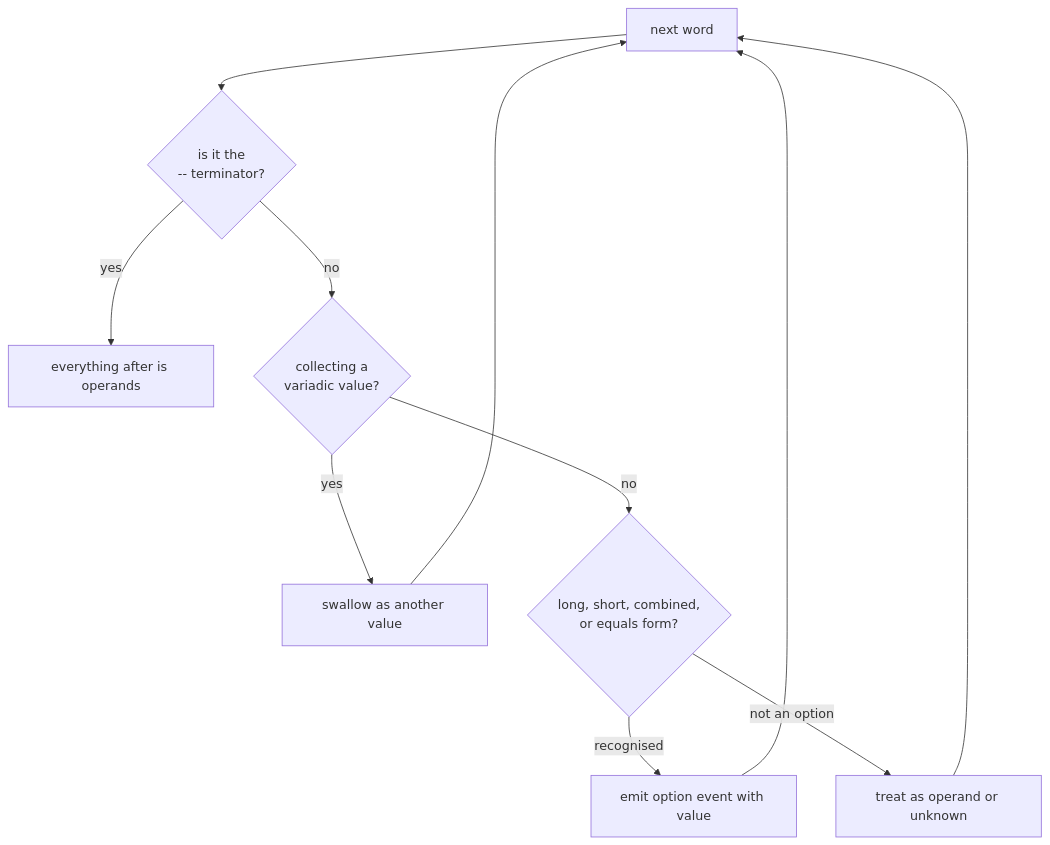
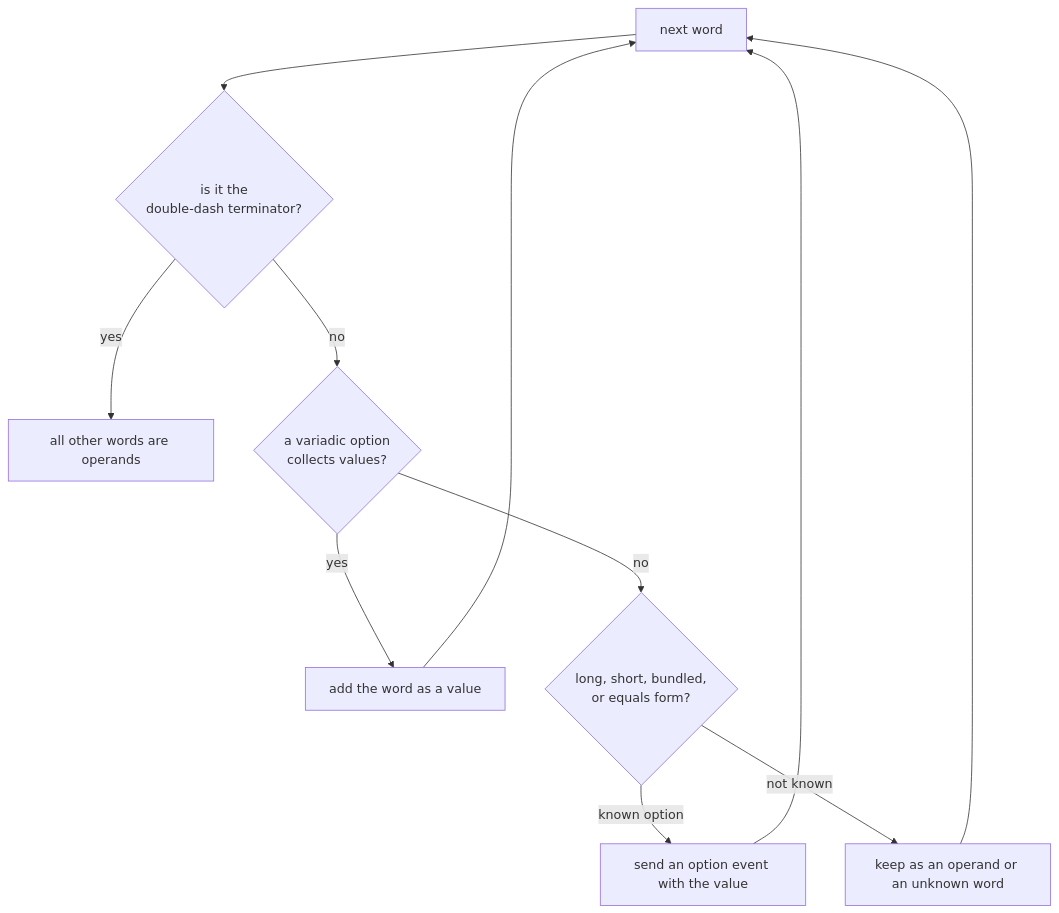
The first of 3 diagrams in docs/examples/commander/.cluedoc/option-parsing/README.md (KeunwooPark/cluedoc), drawn with Mermaid before and after one commit. The commit also changed other lines of this file and 22 other files, not shown here.

````diff
--- a/docs/examples/commander/.cluedoc/option-parsing/README.md
+++ b/docs/examples/commander/.cluedoc/option-parsing/README.md
@@ -9,13 +9,13 @@
 ```mermaid
 flowchart TD
-    START["next word"] --> LIT{"is it the<br/>-- terminator?"}
-    LIT -- yes --> STOP["everything after is operands"]
-    LIT -- no --> VAR{"collecting a<br/>variadic value?"}
-    VAR -- yes --> EAT["swallow as another value"]
-    VAR -- no --> LONG{"long, short, combined,<br/>or equals form?"}
-    LONG -- recognised --> EMIT["emit option event with value"]
-    LONG -- not an option --> OPER["treat as operand or unknown"]
+    START["next word"] --> LIT{"is it the<br/>double-dash terminator?"}
+    LIT -- yes --> STOP["all other words are operands"]
+    LIT -- no --> VAR{"a variadic option<br/>collects values?"}
+    VAR -- yes --> EAT["add the word as a value"]
+    VAR -- no --> FORM{"long, short, bundled,<br/>or equals form?"}
+    FORM -- "known option" --> EMIT["send an option event with the value"]
+    FORM -- "not known" --> OPER["keep as an operand or an unknown word"]
     EMIT --> START
     EAT --> START
     OPER --> START
 ```
````
